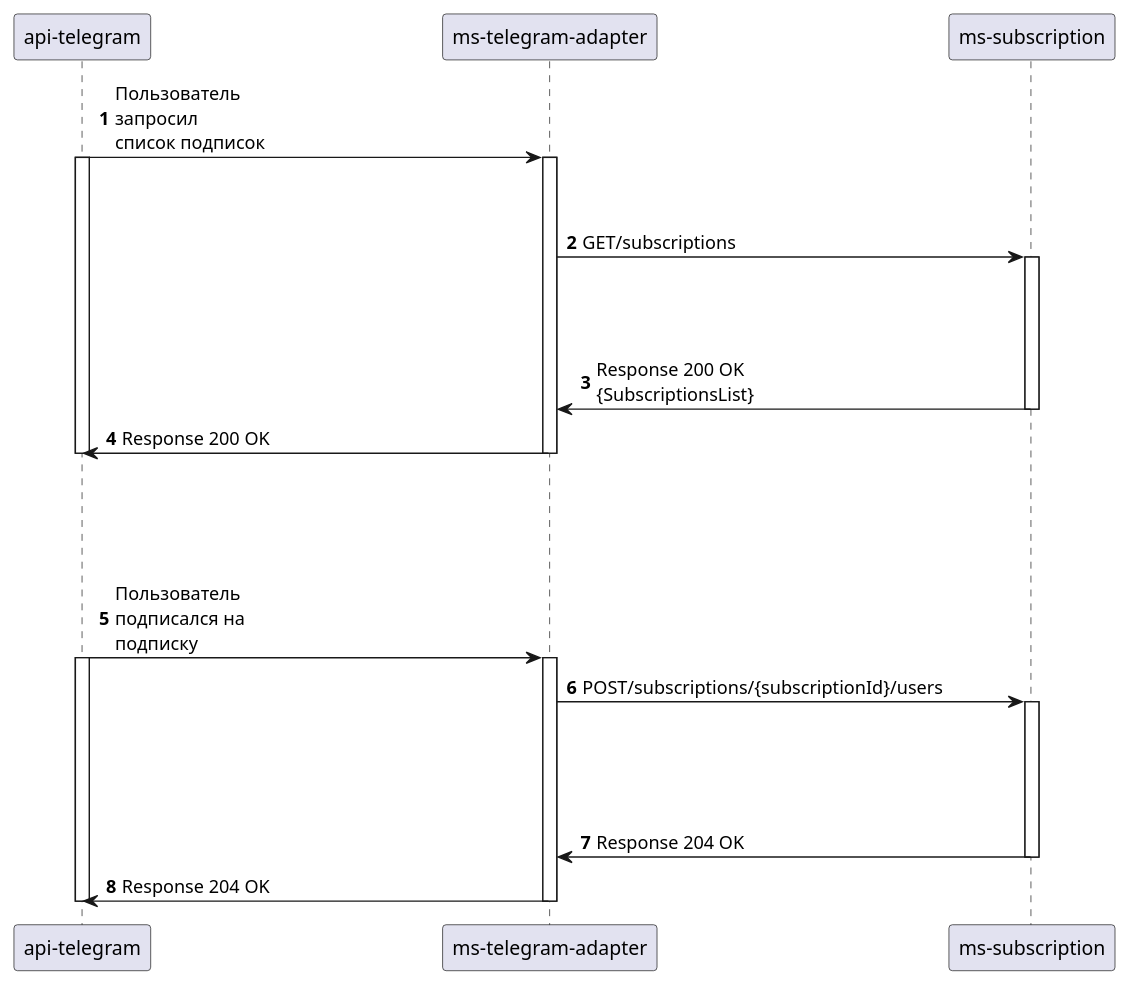
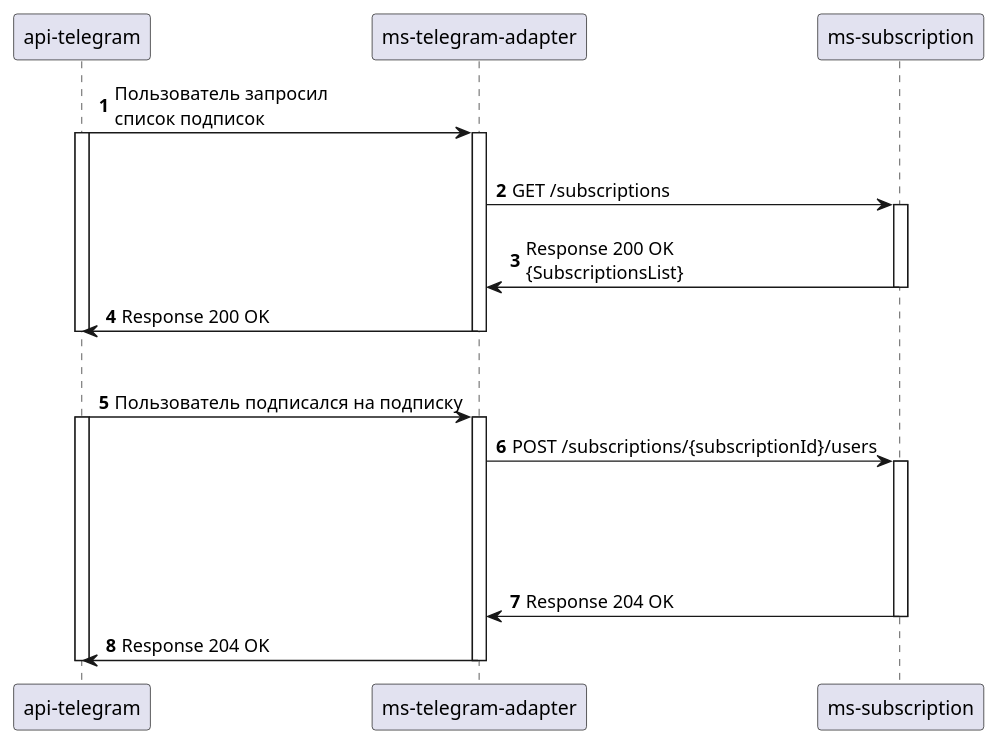
The diagram in sequence/AddUserBySubscription.plantuml (SomeTechStudio/lib-api), drawn with PlantUML before and after one commit. The commit also changed 6 other files, not shown here.

Commit message:
Feature/SP-17 Изменили sequence диаграмму (добавили kafka). отредактировали api

```diff
--- a/sequence/AddUserBySubscription.plantuml
+++ b/sequence/AddUserBySubscription.plantuml
@@ -1,40 +1,41 @@
 @startuml newUserByTelegram
 autonumber
 skinparam {
-    MaxMessageSize 150
+    MaxMessageSize 820
     BoxPadding 10
     }
 skinparam sequence {
-    ParticipantPadding 100
+    ParticipantPadding 30
     MessageAlign left
 }
 participant "api-telegram" as Api
 participant "ms-telegram-adapter" as Tgm
 participant "ms-subscription" as Sb
 
+
 Api -> Tgm: Пользователь запросил \nсписок подписок
 activate Api
 activate Tgm
-||40||
-Tgm -> Sb: GET/subscriptions
+||20||
+Tgm -> Sb: GET /subscriptions
 activate Sb
-||60||
+||10||
 Sb -> Tgm: Response 200 OK \n{SubscriptionsList}
 deactivate Sb
 Tgm -> Api: Response 200 OK
 deactivate Api
 deactivate Tgm
-||80||
+||30||
 Api -> Tgm: Пользователь подписался на подписку
 activate Api
 activate Tgm
-Tgm -> Sb: POST/subscriptions/{subscriptionId}/users
+Tgm -> Sb: POST /subscriptions/{subscriptionId}/users
 activate Sb
 ||80||
 Sb -> Tgm: Response 204 OK
 deactivate Sb
 Tgm -> Api: Response 204 OK
 deactivate Tgm
 deactivate Api
 
 @enduml
```
